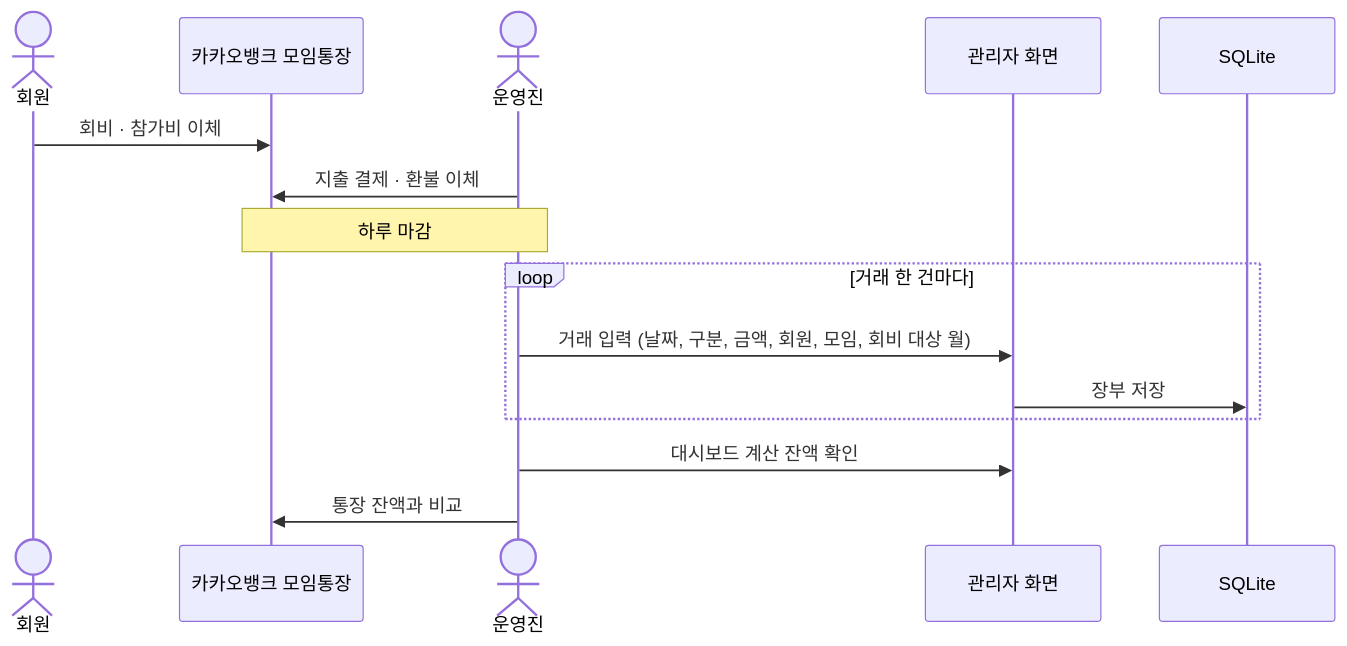
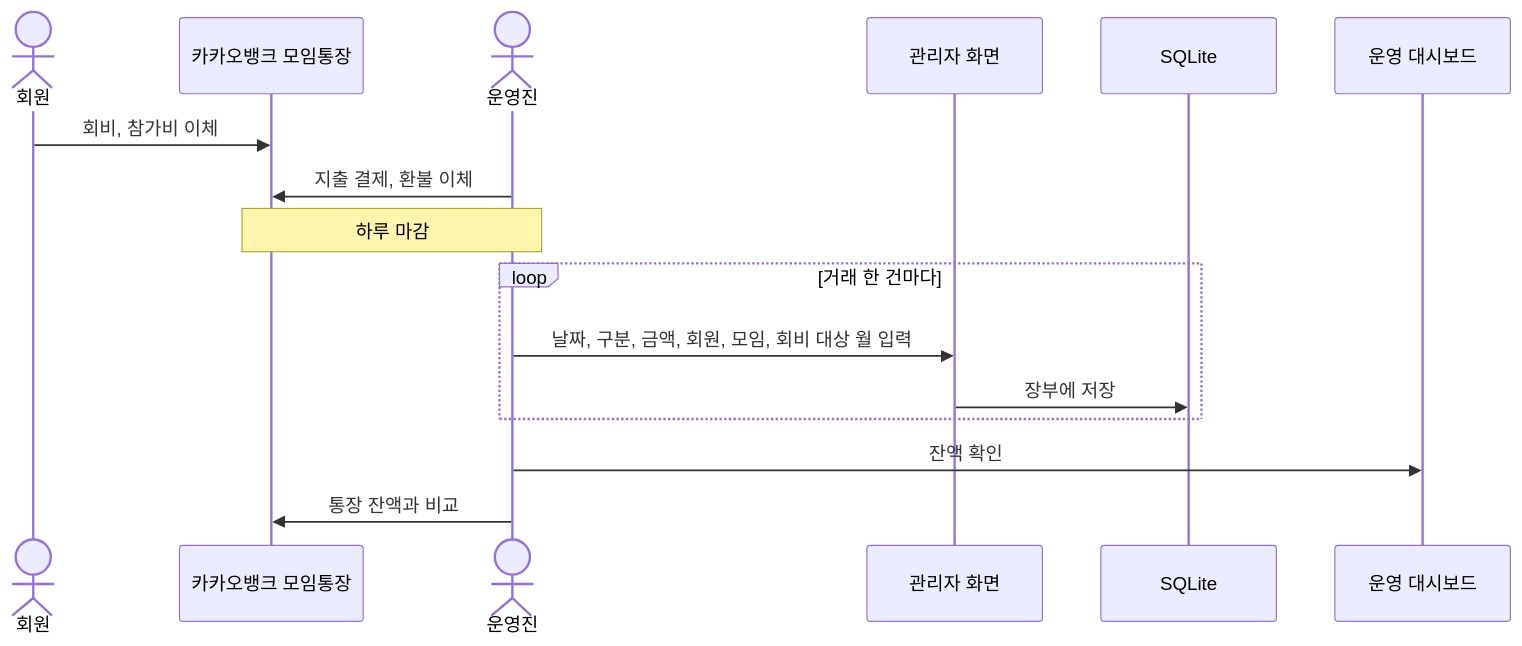
One commit to keepmind7/AI_Club_Web changed the fourth of 4 diagrams in README.md. Above: the diagram before and after it, drawn with Mermaid. The commit also changed other lines of this file and 22 other files, not shown here.

````diff
--- a/README.md
+++ b/README.md
@@ -102,18 +342,19 @@
 ```mermaid
 sequenceDiagram
     actor M as 회원
     participant Bank as 카카오뱅크 모임통장
     actor A as 운영진
     participant Admin as 관리자 화면
     participant DB as SQLite
+    participant Dash as 운영 대시보드
 
-    M->>Bank: 회비 · 참가비 이체
-    A->>Bank: 지출 결제 · 환불 이체
+    M->>Bank: 회비, 참가비 이체
+    A->>Bank: 지출 결제, 환불 이체
     Note over A,Bank: 하루 마감
     loop 거래 한 건마다
-        A->>Admin: 거래 입력 (날짜, 구분, 금액, 회원, 모임, 회비 대상 월)
-        Admin->>DB: 장부 저장
+        A->>Admin: 날짜, 구분, 금액, 회원, 모임, 회비 대상 월 입력
+        Admin->>DB: 장부에 저장
     end
-    A->>Admin: 대시보드 계산 잔액 확인
+    A->>Dash: 잔액 확인
     A->>Bank: 통장 잔액과 비교
 ```
````
